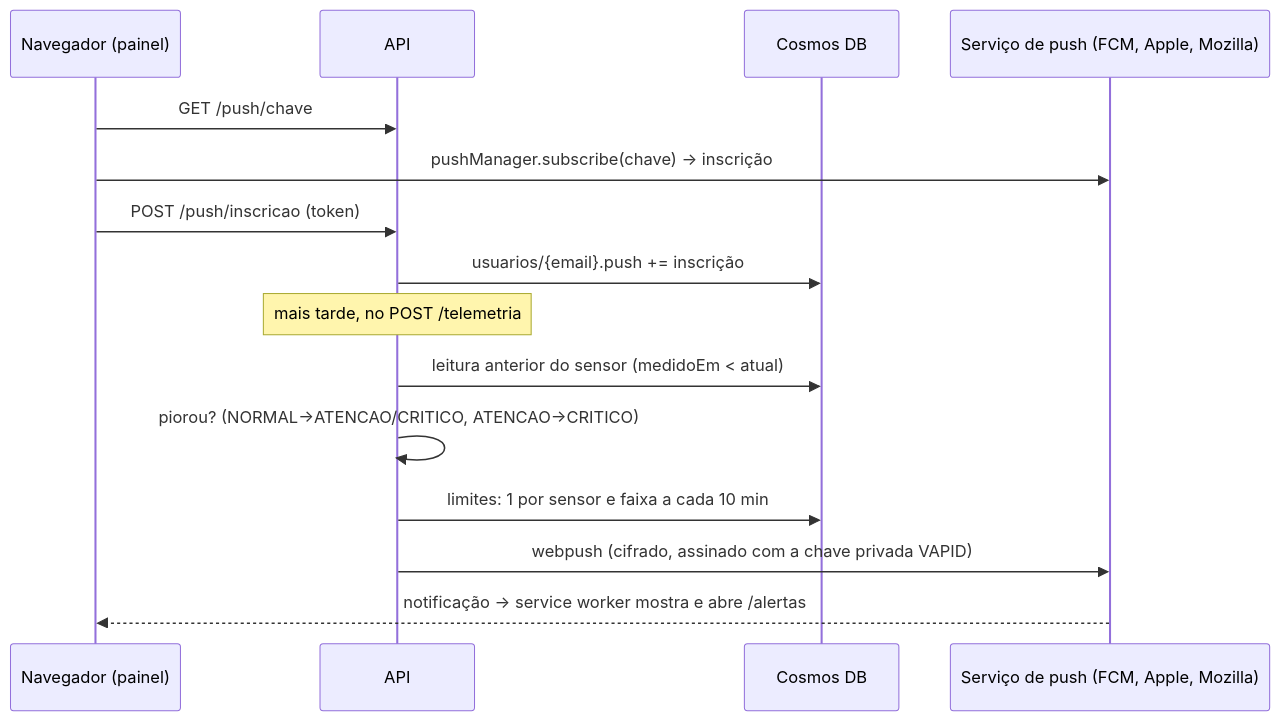
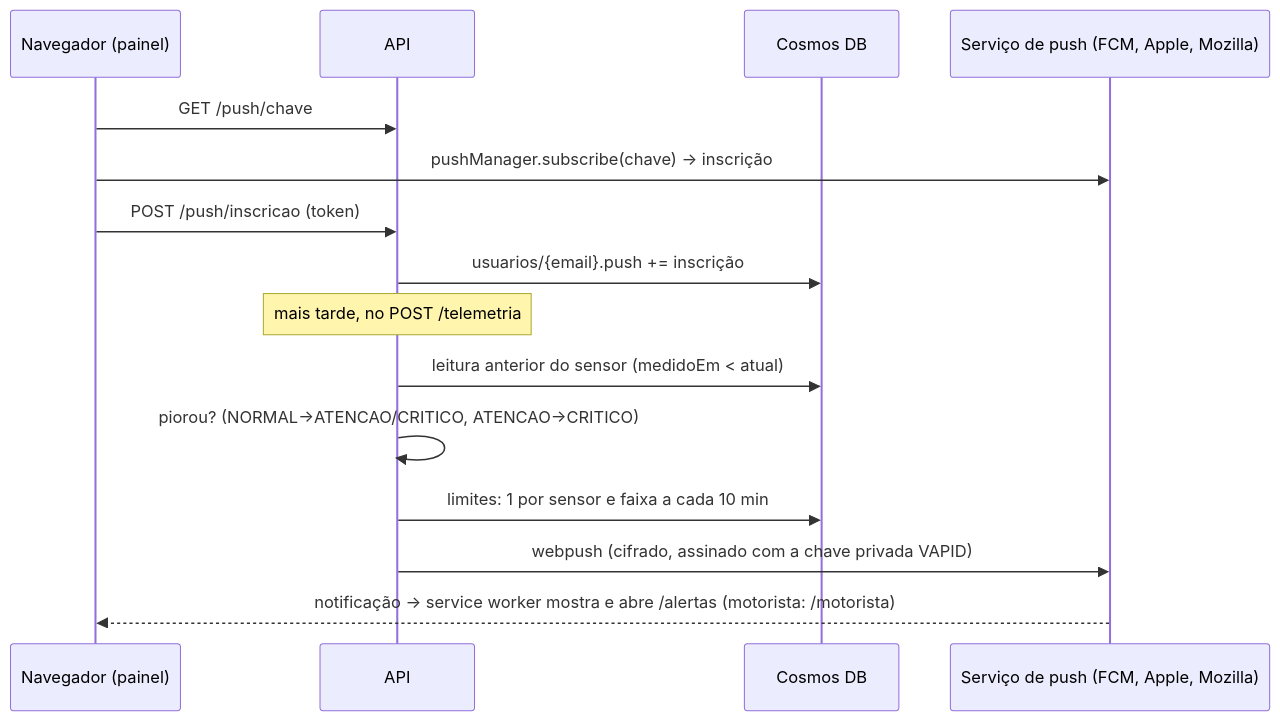
One commit to mbalbuquerque/projeto-integrador-4-periodo changed the fourth of 4 diagrams in docs/como-funciona.md. Above: the diagram before and after it, drawn with Mermaid. The commit also changed other lines of this file and 6 other files, not shown here.

````diff
--- a/docs/como-funciona.md
+++ b/docs/como-funciona.md
@@ -601,17 +601,17 @@
 ```mermaid
 sequenceDiagram
     participant N as Navegador (painel)
     participant A as API
     participant DB as Cosmos DB
     participant S as Serviço de push (FCM, Apple, Mozilla)
     N->>A: GET /push/chave
     N->>S: pushManager.subscribe(chave) → inscrição
     N->>A: POST /push/inscricao (token)
     A->>DB: usuarios/{email}.push += inscrição
     Note over A: mais tarde, no POST /telemetria
     A->>DB: leitura anterior do sensor (medidoEm < atual)
     A->>A: piorou? (NORMAL→ATENCAO/CRITICO, ATENCAO→CRITICO)
     A->>DB: limites: 1 por sensor e faixa a cada 10 min
     A->>S: webpush (cifrado, assinado com a chave privada VAPID)
-    S-->>N: notificação → service worker mostra e abre /alertas
+    S-->>N: notificação → service worker mostra e abre /alertas (motorista: /motorista)
 ```
````
